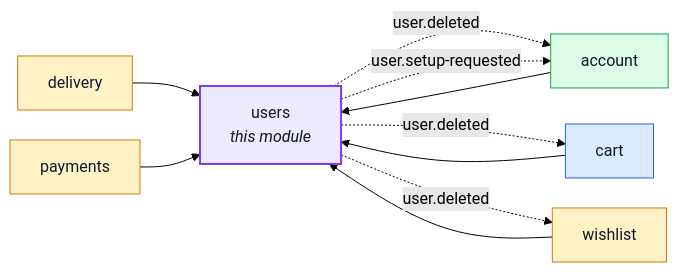
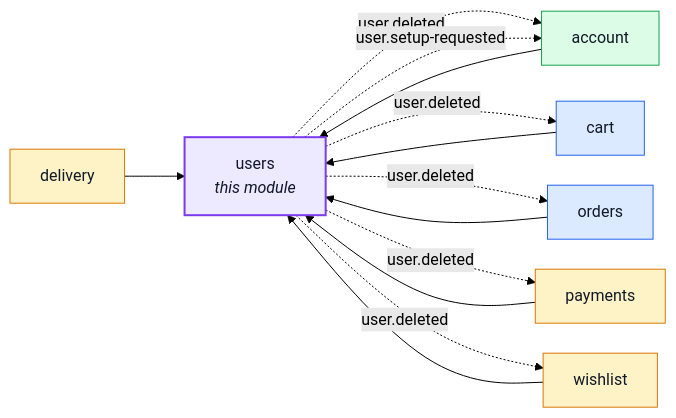
Before and after one commit to Guebbit/boilerplate-node-backend: the first of 2 diagrams in docs/modules/users.md, drawn with Mermaid (forest theme). The commit also changed other lines of this file and 69 other files, not shown here.

````diff
--- a/docs/modules/users.md
+++ b/docs/modules/users.md
@@ -16,29 +16,33 @@
 ```mermaid
 %%{init: {'flowchart': {'nodeSpacing': 30, 'rankSpacing': 60}}}%%
 flowchart LR
     users["users<br/><i>this module</i>"]
     account["account"]
     cart["cart"]
     delivery["delivery"]
+    orders["orders"]
     payments["payments"]
     wishlist["wishlist"]
 
     account --> users
     cart --> users
     delivery --> users
+    orders --> users
     payments --> users
     wishlist --> users
     users -. "user.deleted" .-> account
     users -. "user.setup-requested" .-> account
     users -. "user.deleted" .-> cart
+    users -. "user.deleted" .-> orders
+    users -. "user.deleted" .-> payments
     users -. "user.deleted" .-> wishlist
 
     classDef core fill:#dbeafe,stroke:#2563eb,color:#111827;
     classDef supporting fill:#fef3c7,stroke:#d97706,color:#111827;
     classDef generic fill:#dcfce7,stroke:#16a34a,color:#111827;
     classDef centre fill:#ede9fe,stroke:#7c3aed,stroke-width:2px,color:#111827;
-    class cart core;
+    class cart,orders core;
     class delivery,payments,wishlist supporting;
     class account generic;
     class users centre;
 ```
````
